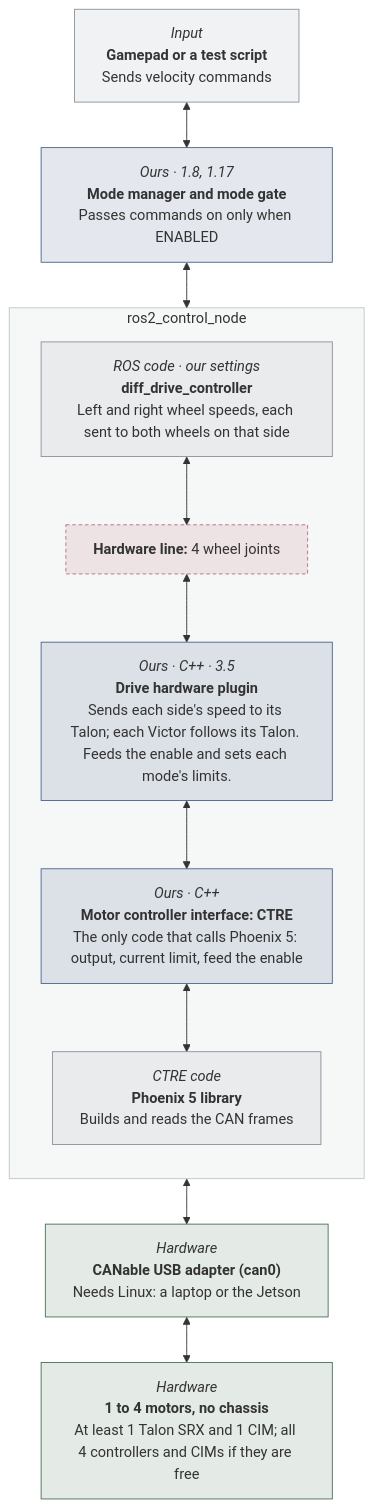
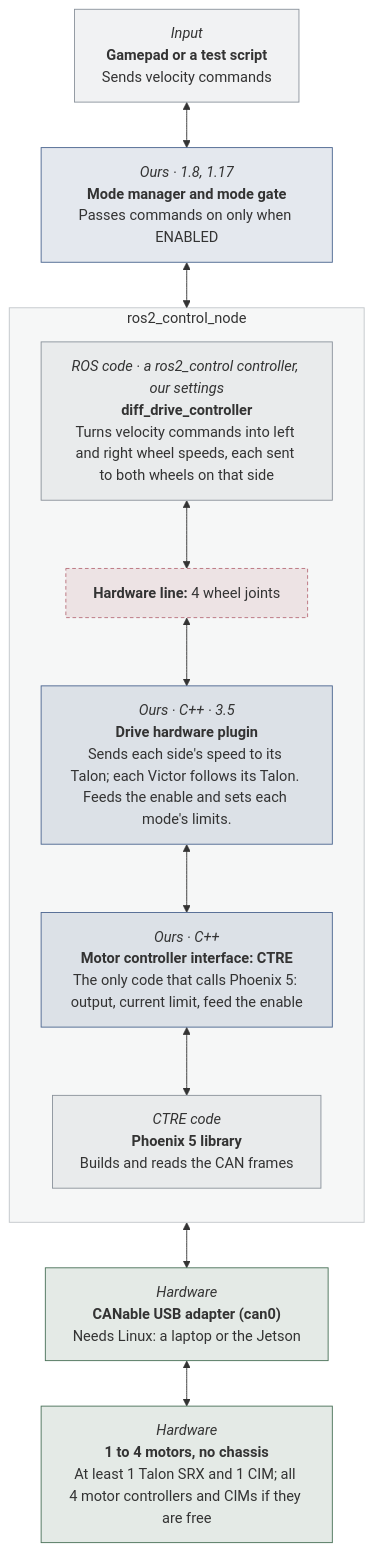
Before and after one commit to STAR-Robotics-Team/starrt-luna-software: the fourth of 30 diagrams in docs/design/hardware-test-modes.md, drawn with Mermaid. The commit also changed other lines of this file and 4 other files, not shown here.

First line of the commit message:
Say which controller, and tell stubs from fake motor controllers apart

````diff
--- a/docs/design/hardware-test-modes.md
+++ b/docs/design/hardware-test-modes.md
@@ -218,55 +225,55 @@
 ```mermaid
 ---
 config:
   flowchart:
     wrappingWidth: 260
 ---
 flowchart TB
   b1["`*Input*
 **Gamepad or a test script**
 Sends velocity commands`"]
   b2["`*Ours · 1.8, 1.17*
 **Mode manager and mode gate**
 Passes commands on only when ENABLED`"]
   subgraph grp4["ros2_control_node"]
     direction TB
-    b3["`*ROS code · our settings*
+    b3["`*ROS code · a ros2_control controller, our settings*
 **diff_drive_controller**
-Left and right wheel speeds, each sent to both wheels on that side`"]
+Turns velocity commands into left and right wheel speeds, each sent to both wheels on that side`"]
     line5["`**Hardware line:** 4 wheel joints`"]
     b6["`*Ours · C++ · 3.5*
 **Drive hardware plugin**
 Sends each side's speed to its Talon; each Victor follows its Talon. Feeds the enable and sets each mode's limits.`"]
     b7["`*Ours · C++*
 **Motor controller interface: CTRE**
 The only code that calls Phoenix 5: output, current limit, feed the enable`"]
     b8["`*CTRE code*
 **Phoenix 5 library**
 Builds and reads the CAN frames`"]
     b3 <--> line5
     line5 <--> b6
     b6 <--> b7
     b7 <--> b8
   end
   b9["`*Hardware*
 **CANable USB adapter (can0)**
 Needs Linux: a laptop or the Jetson`"]
   b10["`*Hardware*
 **1 to 4 motors, no chassis**
-At least 1 Talon SRX and 1 CIM; all 4 controllers and CIMs if they are free`"]
+At least 1 Talon SRX and 1 CIM; all 4 motor controllers and CIMs if they are free`"]
   b1 <--> b2
   b2 <--> grp4
   grp4 <--> b9
   b9 <--> b10
   classDef ours fill:#4c669026,stroke:#4c6690
   classDef ros fill:#8b939c1f,stroke:#8b939c
   classDef stand fill:#b0844526,stroke:#b08445
   classDef hw fill:#4a725926,stroke:#4a7259
   classDef hwline fill:#b9707c26,stroke:#b9707c,stroke-dasharray:4 3
   classDef ghost fill:none,stroke:#8b939c,stroke-dasharray:4 4,color:#8b939c
   class b1,b3,b8 ros
   class b2,b6,b7 ours
   class line5 hwline
   class b9,b10 hw
   style grp4 fill:#8b939c14,stroke:#8b939c80
 ```
````
